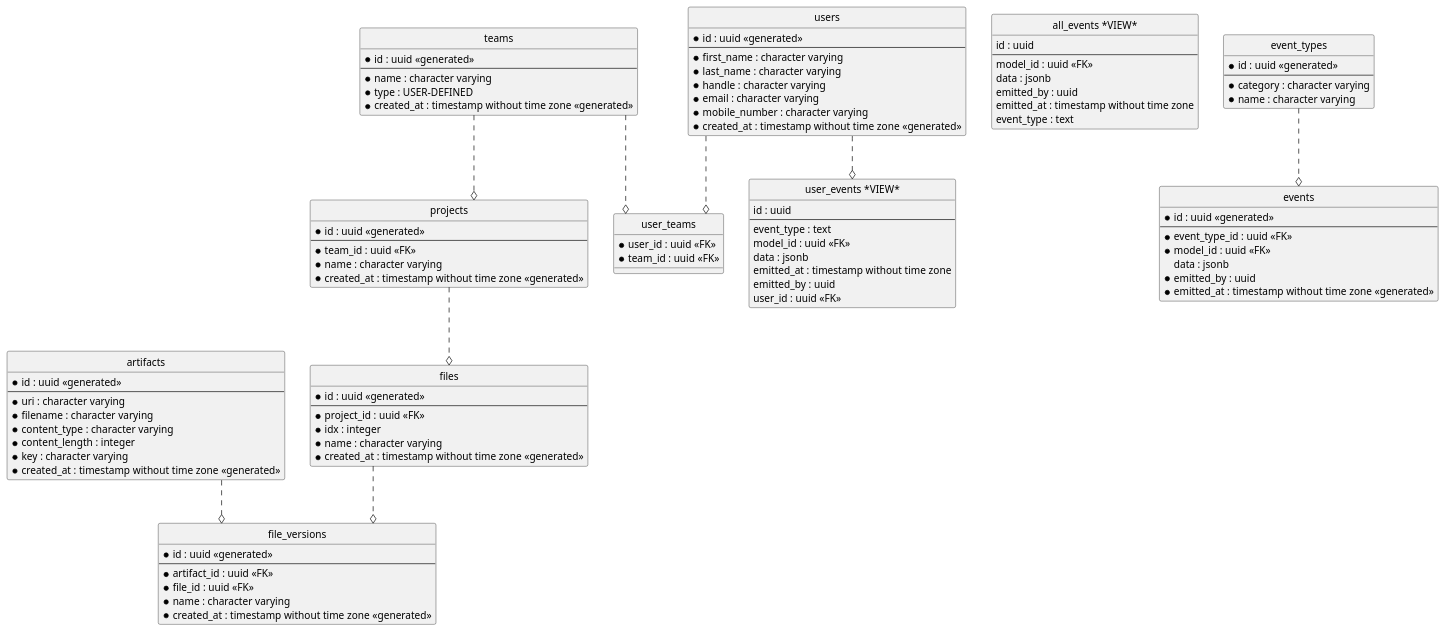
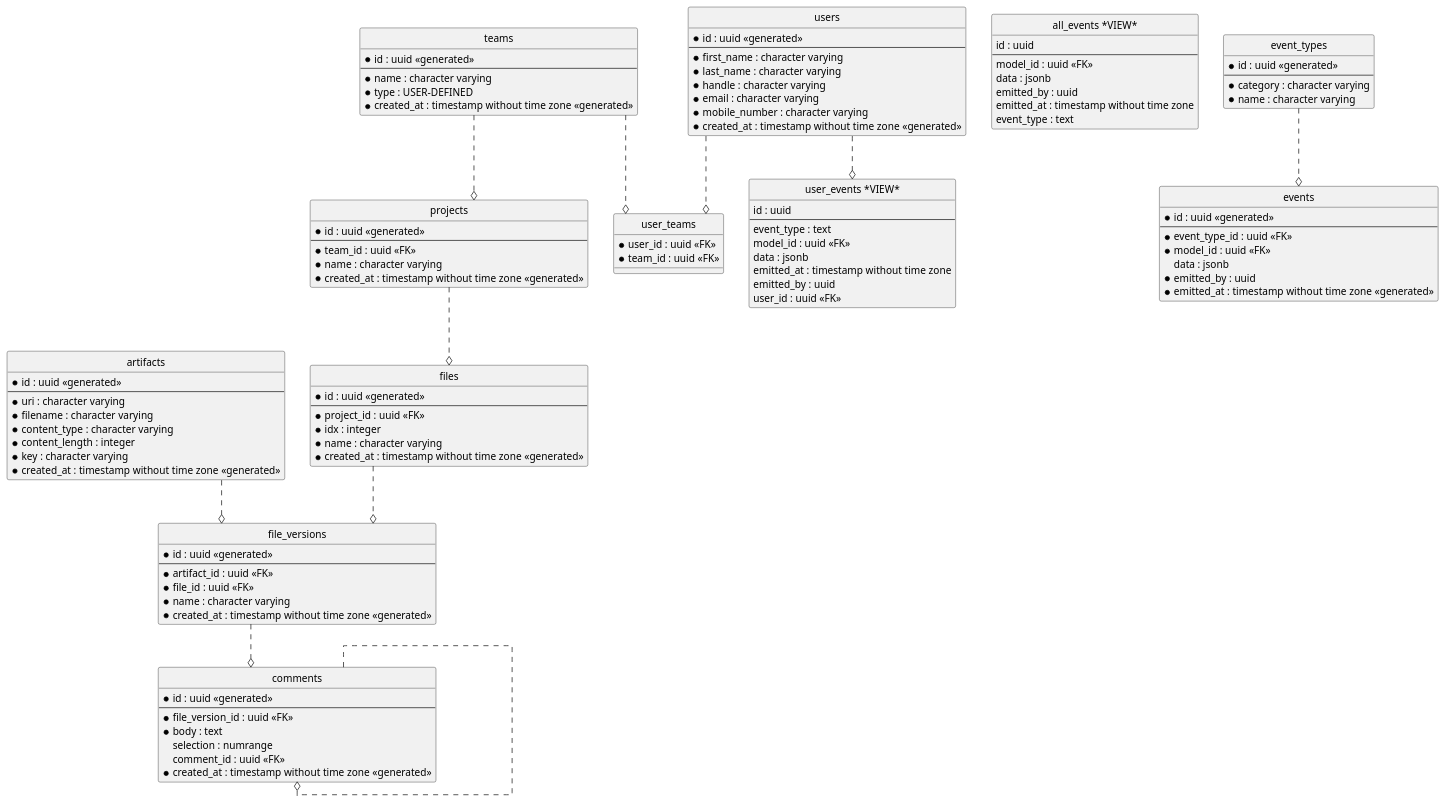
Before and after one commit to skuttleman/audiophile: the diagram in resources/db/erd.puml, drawn with PlantUML. The commit also changed 5 other files, not shown here.

```diff
--- a/resources/db/erd.puml
+++ b/resources/db/erd.puml
@@ -1,113 +1,125 @@
 @startuml
 hide circle
 skinparam linetype ortho
 
 entity "artifacts" as artifacts {
   * id : uuid <<generated>>
   --
   * uri : character varying
   * filename : character varying
   * content_type : character varying
   * content_length : integer
   * key : character varying
   * created_at : timestamp without time zone <<generated>>
 }
 
 entity "teams" as teams {
   * id : uuid <<generated>>
   --
   * name : character varying
   * type : USER-DEFINED
   * created_at : timestamp without time zone <<generated>>
 }
 
 entity "files" as files {
   * id : uuid <<generated>>
   --
   * project_id : uuid <<FK>>
   * idx : integer
   * name : character varying
   * created_at : timestamp without time zone <<generated>>
 }
 
 entity "all_events *VIEW*" as all_events {
   id : uuid
   --
   model_id : uuid <<FK>>
   data : jsonb
   emitted_by : uuid
   emitted_at : timestamp without time zone
   event_type : text
 }
 
 entity "event_types" as event_types {
   * id : uuid <<generated>>
   --
   * category : character varying
   * name : character varying
 }
 
 entity "users" as users {
   * id : uuid <<generated>>
   --
   * first_name : character varying
   * last_name : character varying
   * handle : character varying
   * email : character varying
   * mobile_number : character varying
   * created_at : timestamp without time zone <<generated>>
 }
 
 entity "file_versions" as file_versions {
   * id : uuid <<generated>>
   --
   * artifact_id : uuid <<FK>>
   * file_id : uuid <<FK>>
   * name : character varying
   * created_at : timestamp without time zone <<generated>>
 }
 
 entity "events" as events {
   * id : uuid <<generated>>
   --
   * event_type_id : uuid <<FK>>
   * model_id : uuid <<FK>>
   data : jsonb
   * emitted_by : uuid
   * emitted_at : timestamp without time zone <<generated>>
 }
 
+entity "comments" as comments {
+  * id : uuid <<generated>>
+  --
+  * file_version_id : uuid <<FK>>
+  * body : text
+  selection : numrange
+  comment_id : uuid <<FK>>
+  * created_at : timestamp without time zone <<generated>>
+}
+
 entity "projects" as projects {
   * id : uuid <<generated>>
   --
   * team_id : uuid <<FK>>
   * name : character varying
   * created_at : timestamp without time zone <<generated>>
 }
 
 entity "user_teams" as user_teams {
   * user_id : uuid <<FK>>
   * team_id : uuid <<FK>>
 }
 
 entity "user_events *VIEW*" as user_events {
   id : uuid
   --
   event_type : text
   model_id : uuid <<FK>>
   data : jsonb
   emitted_at : timestamp without time zone
   emitted_by : uuid
   user_id : uuid <<FK>>
 }
 
 projects ..o files
 artifacts ..o file_versions
 files ..o file_versions
 event_types ..o events
+file_versions ..o comments
+comments ..o comments
 teams ..o projects
 users ..o user_teams
 teams ..o user_teams
 users ..o user_events
 
 @enduml
```
